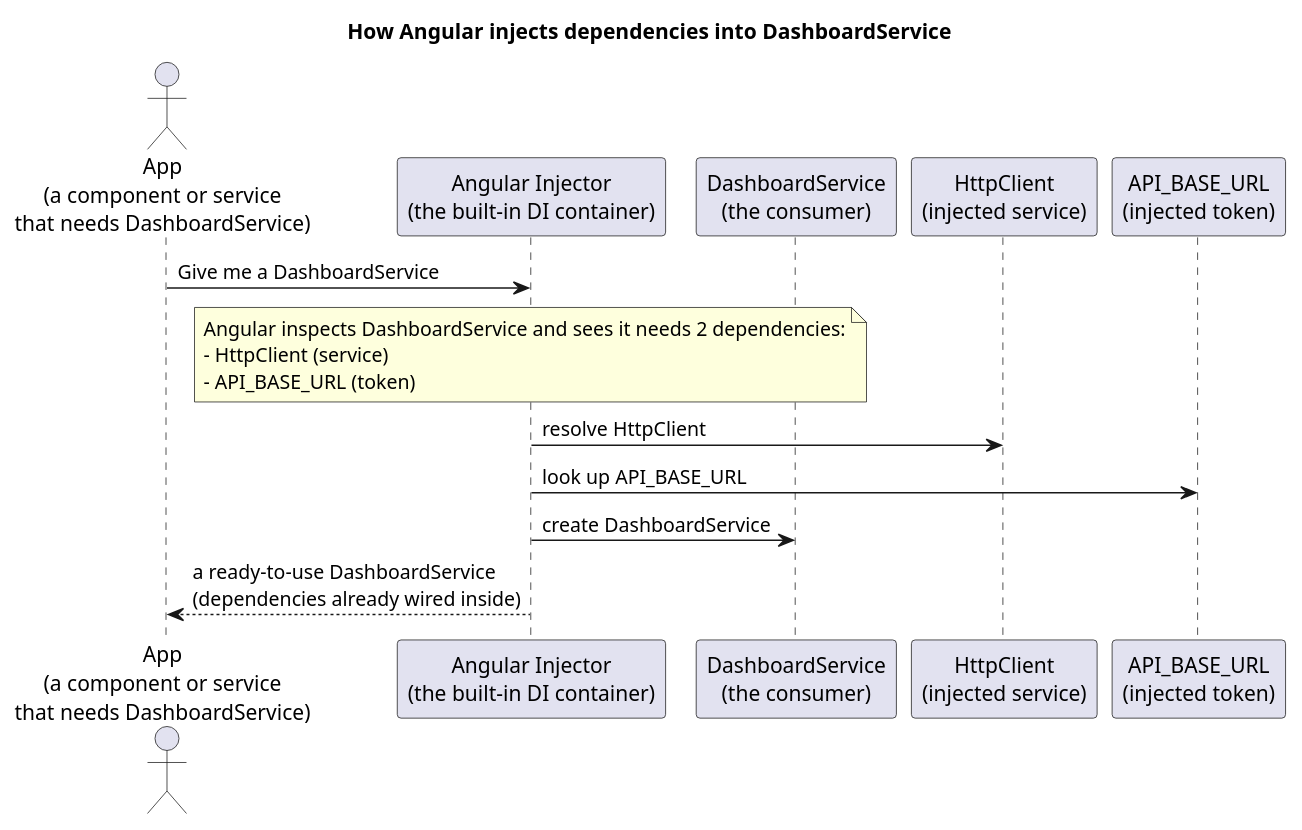
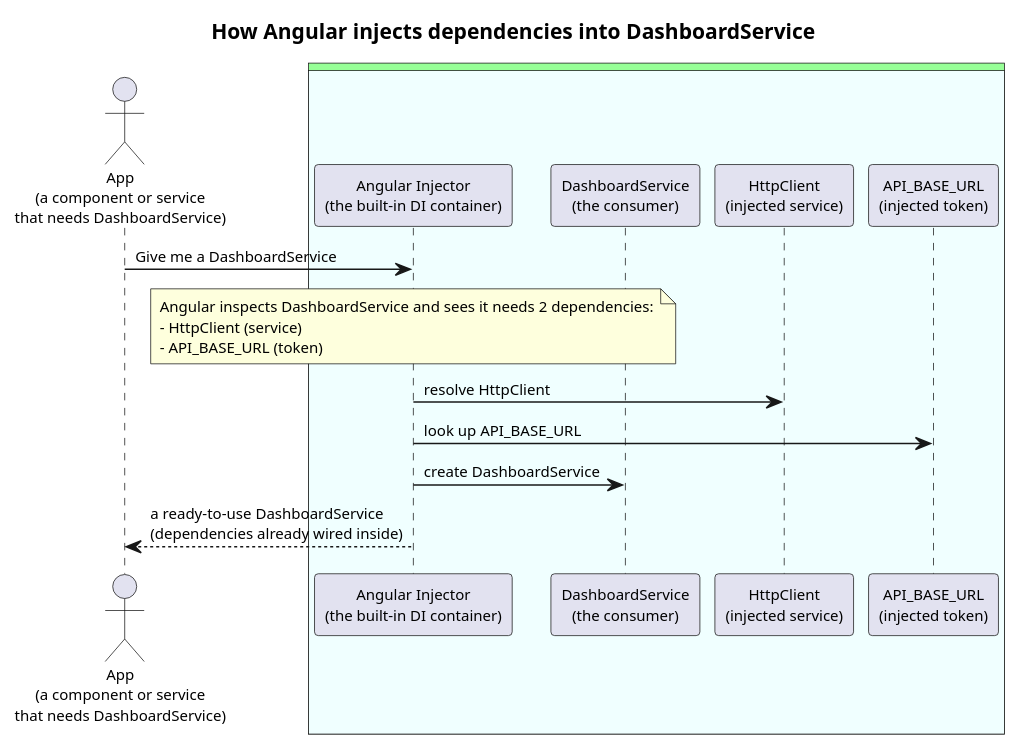
One commit to QuinntyneBrown/Cast changed the second of 2 diagrams in README.md. Above: the diagram before and after it, drawn with PlantUML. The commit also changed other lines of this file and 45 other files, not shown here.

First line of the commit message:
Style diagrams: teoz engine, font size 10, nested participant boxes

````diff
--- a/README.md
+++ b/README.md
@@ -174,23 +189,29 @@
 ```plantuml
 @startuml
 ' Generated by cast ng
+!pragma teoz true
+skinparam defaultFontSize 10
 title How Angular injects dependencies into DashboardService
 
 actor "App\n(a component or service\nthat needs DashboardService)" as App
-participant "Angular Injector\n(the built-in DI container)" as DI
-participant "DashboardService\n(the consumer)" as Consumer
-participant "HttpClient\n(injected service)" as D1
-participant "API_BASE_URL\n(injected token)" as D2
+box #PHYSICAL
+  box #AZURE
+    participant "Angular Injector\n(the built-in DI container)" as DI
+    participant "DashboardService\n(the consumer)" as Consumer
+    participant "HttpClient\n(injected service)" as D1
+    participant "API_BASE_URL\n(injected token)" as D2
+  end box
+end box
 
 App -> DI : Give me a DashboardService
 note over DI
   Angular inspects DashboardService and sees it needs 2 dependencies:
   - HttpClient (service)
   - API_BASE_URL (token)
 end note
 DI -> D1 : resolve HttpClient
 DI -> D2 : look up API_BASE_URL
 DI -> Consumer : create DashboardService
 DI --> App : a ready-to-use DashboardService\n(dependencies already wired inside)
 @enduml
 ```
````
